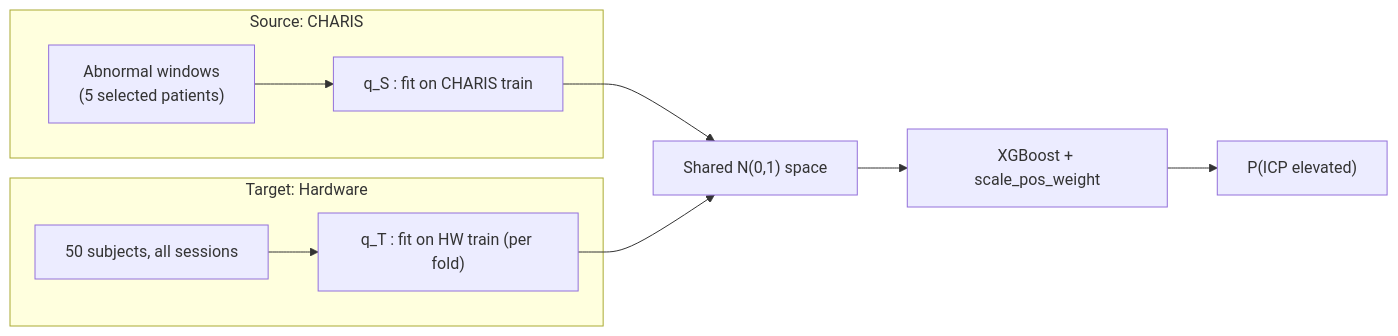
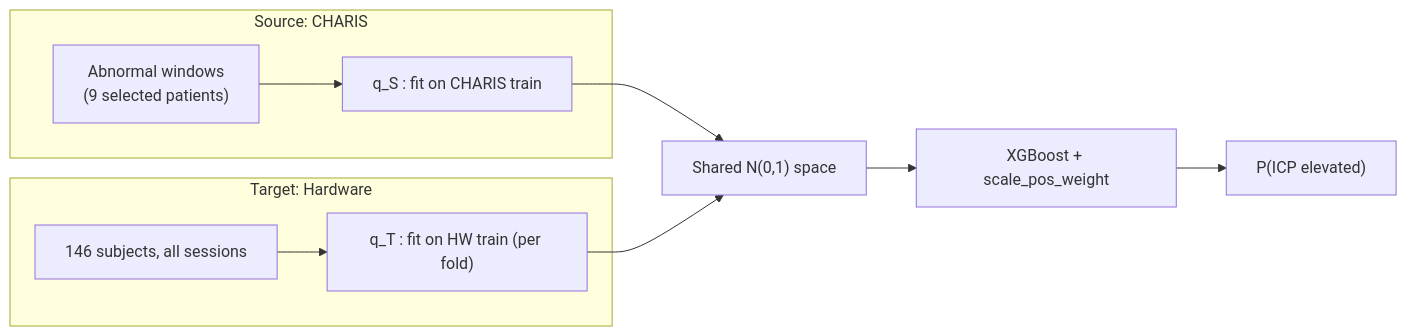
Before and after one commit to eshaansingla/Pran: the seventh of 9 diagrams in README.md, drawn with Mermaid. The commit also changed other lines of this file and 21 other files, not shown here.

````diff
--- a/README.md
+++ b/README.md
@@ -442,13 +459,13 @@
 ```mermaid
 flowchart LR
     subgraph S["Source: CHARIS"]
-        CS["Abnormal windows<br/>(5 selected patients)"] --> QS["q_S : fit on CHARIS train"]
+        CS["Abnormal windows<br/>(9 selected patients)"] --> QS["q_S : fit on CHARIS train"]
     end
     subgraph T["Target: Hardware"]
-        HT["50 subjects, all sessions"] --> QT["q_T : fit on HW train (per fold)"]
+        HT["146 subjects, all sessions"] --> QT["q_T : fit on HW train (per fold)"]
     end
     QS --> M["Shared N(0,1) space"]
     QT --> M
     M --> XGB["XGBoost + scale_pos_weight"]
     XGB --> OUT["P(ICP elevated)"]
 ```
````
